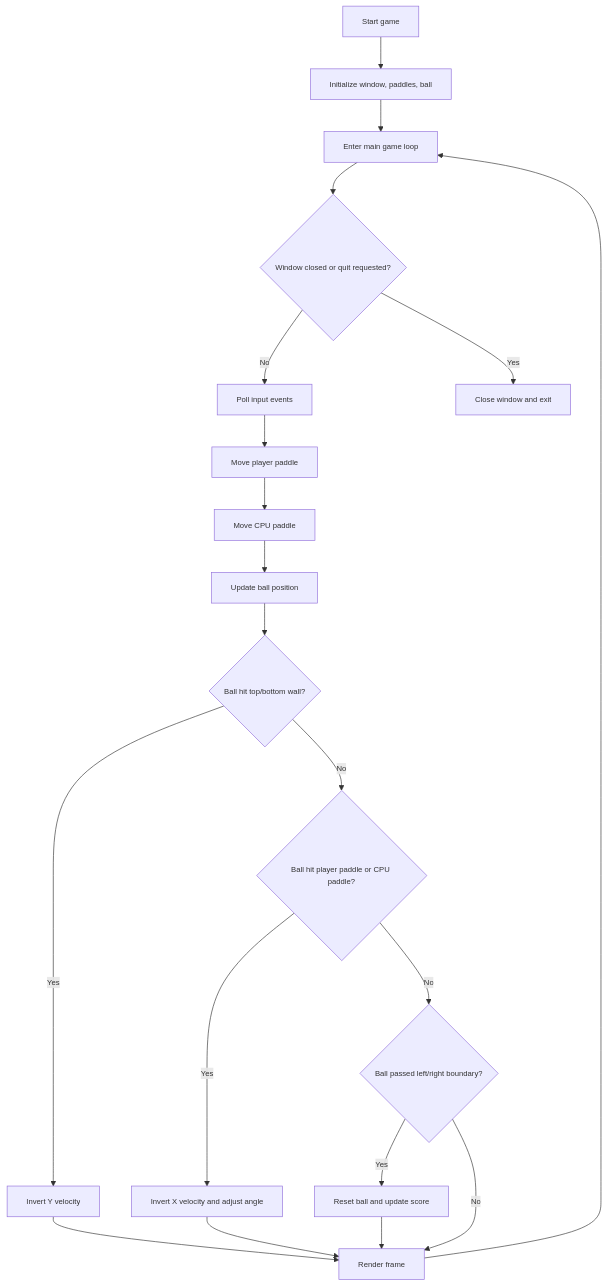
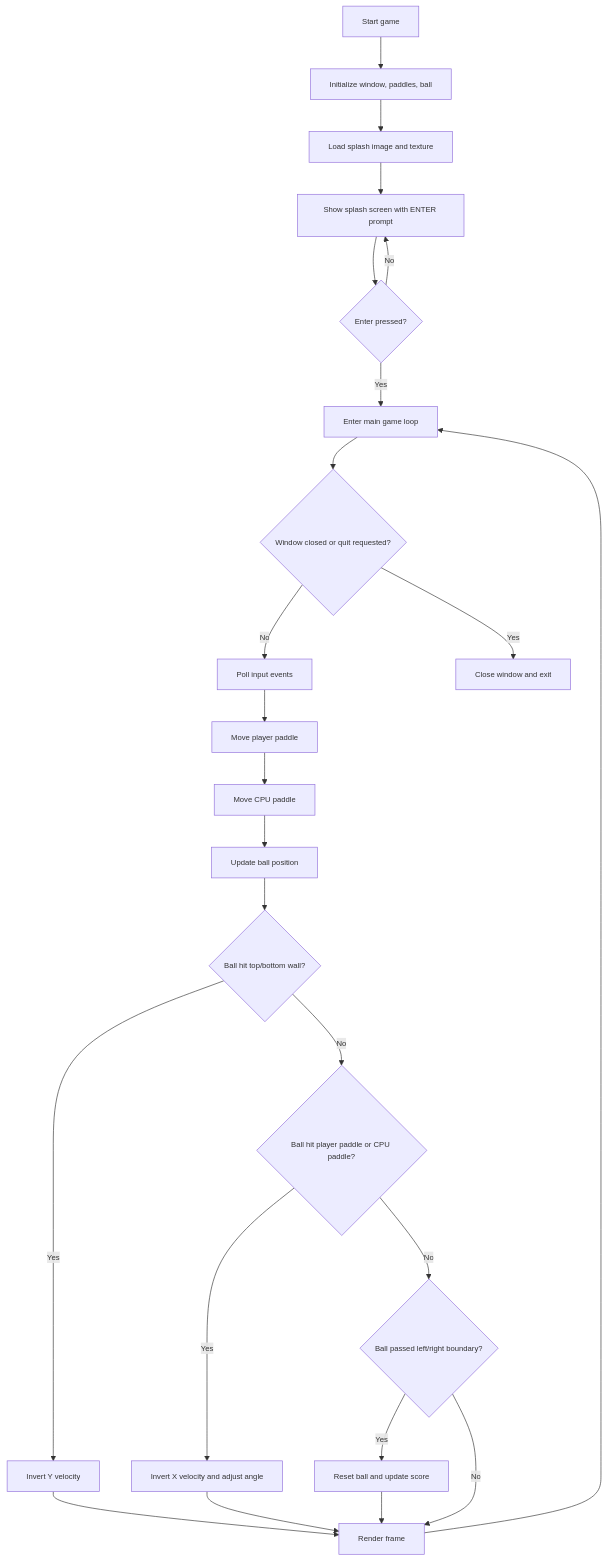
The first of 3 diagrams in architecture.md (stephenlevitt/elen3009-demo-project), drawn with Mermaid before and after one commit. The commit also changed other lines of this file, not shown here.

Commit message:
Update diagrams

````diff
--- a/architecture.md
+++ b/architecture.md
@@ -52,23 +52,27 @@
 ```mermaid
 %%{init: {"themeVariables": {"fontSize": "12px"}}}%%
 flowchart TD
     A[Start game] --> B[Initialize window, paddles, ball]
-    B --> C[Enter main game loop]
+    B --> B1[Load splash image and texture]
+    B1 --> B2[Show splash screen with ENTER prompt]
+    B2 --> B3{Enter pressed?}
+    B3 -- No --> B2
+    B3 -- Yes --> C[Enter main game loop]
     C --> D{Window closed or quit requested?}
     D -- No --> E[Poll input events]
     E --> F[Move player paddle]
     F --> G[Move CPU paddle]
     G --> H[Update ball position]
     H --> I{Ball hit top/bottom wall?}
     I -- Yes --> J[Invert Y velocity]
     I -- No --> K{Ball hit player paddle or CPU paddle?}
     K -- Yes --> L[Invert X velocity and adjust angle]
     K -- No --> M{Ball passed left/right boundary?}
     M -- Yes --> N[Reset ball and update score]
     M -- No --> O[Render frame]
     O --> C
     J --> O
     L --> O
     N --> O
     D -- Yes --> P[Close window and exit]
 ```
````
